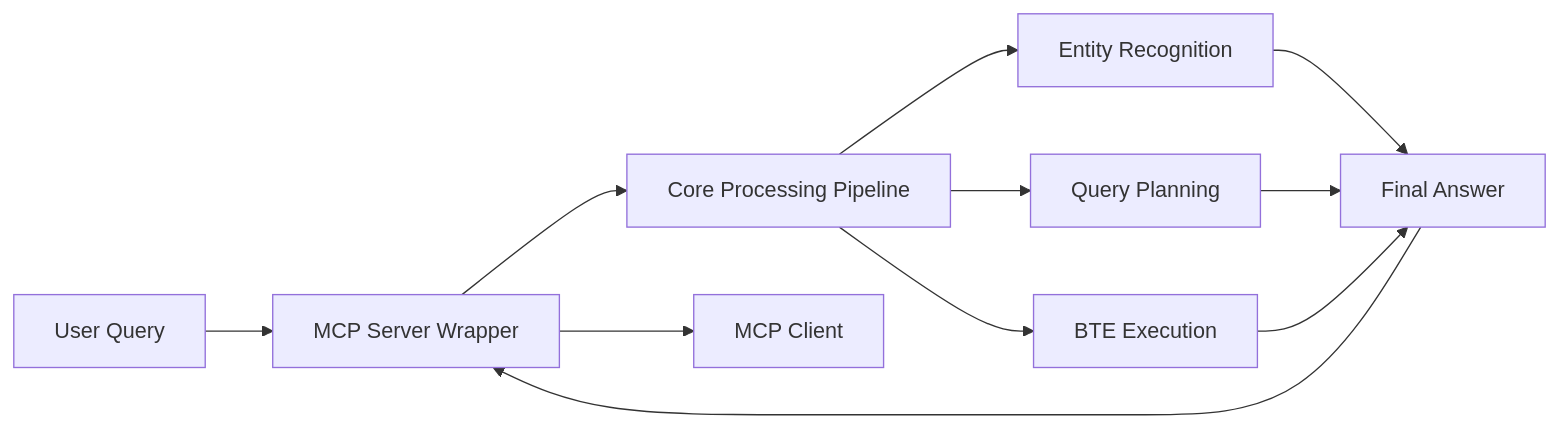
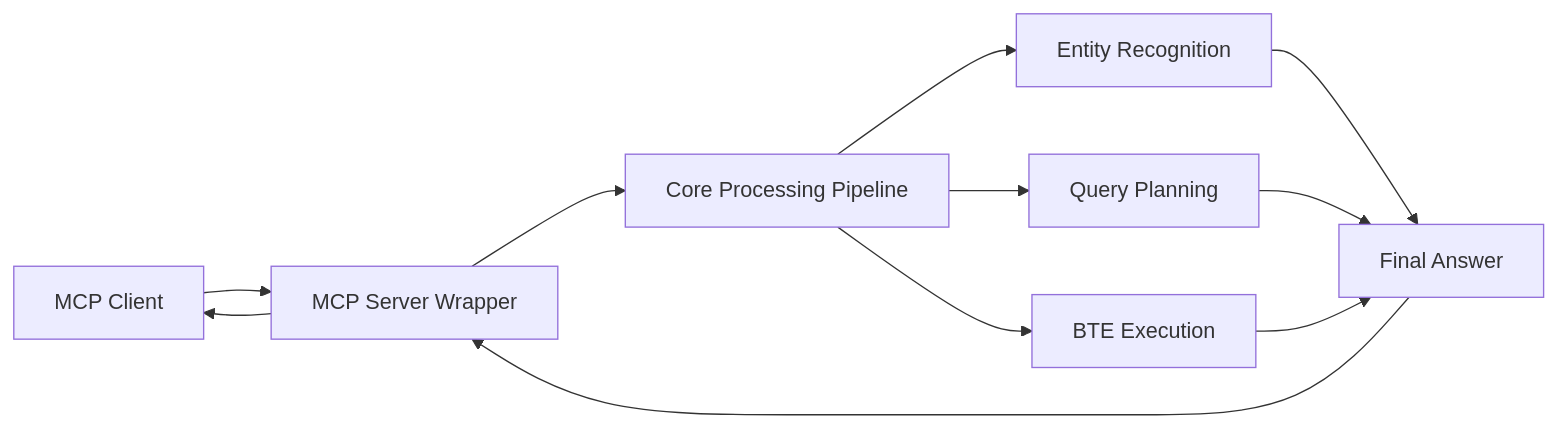
One commit to mastorga589/agentic-bte changed the first of 2 diagrams in README.md. Above: the diagram before and after it, drawn with Mermaid.

Commit message:
fix: Correct MCP Client placement in architecture diagram
Fixed the flow to show correct client-server relationship:
- MCP Client is now at the start (initiates requests)
- Flow: Client → Server → Core → Answer → Server → Client
- Removed 'User Query' as separate node (query comes from client)

This accurately represents the MCP protocol where the client sends
requests to the server and receives responses back.

````diff
--- a/README.md
+++ b/README.md
@@ -174,13 +174,13 @@
 ```mermaid
 graph LR
-    A[User Query] --> B[MCP Server Wrapper]
+    A[MCP Client] --> B[MCP Server Wrapper]
     B --> C[Core Processing Pipeline]
     C --> D[Entity Recognition]
     C --> E[Query Planning]
     C --> F[BTE Execution]
     D --> G[Final Answer]
     E --> G
     F --> G
     G --> B
-    B --> H[MCP Client]
+    B --> A
 ```
````
